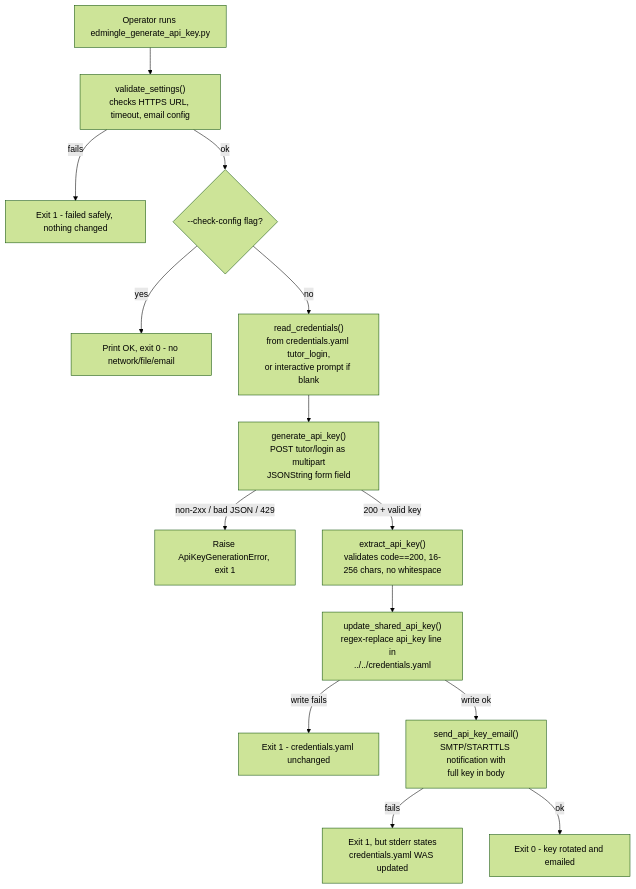
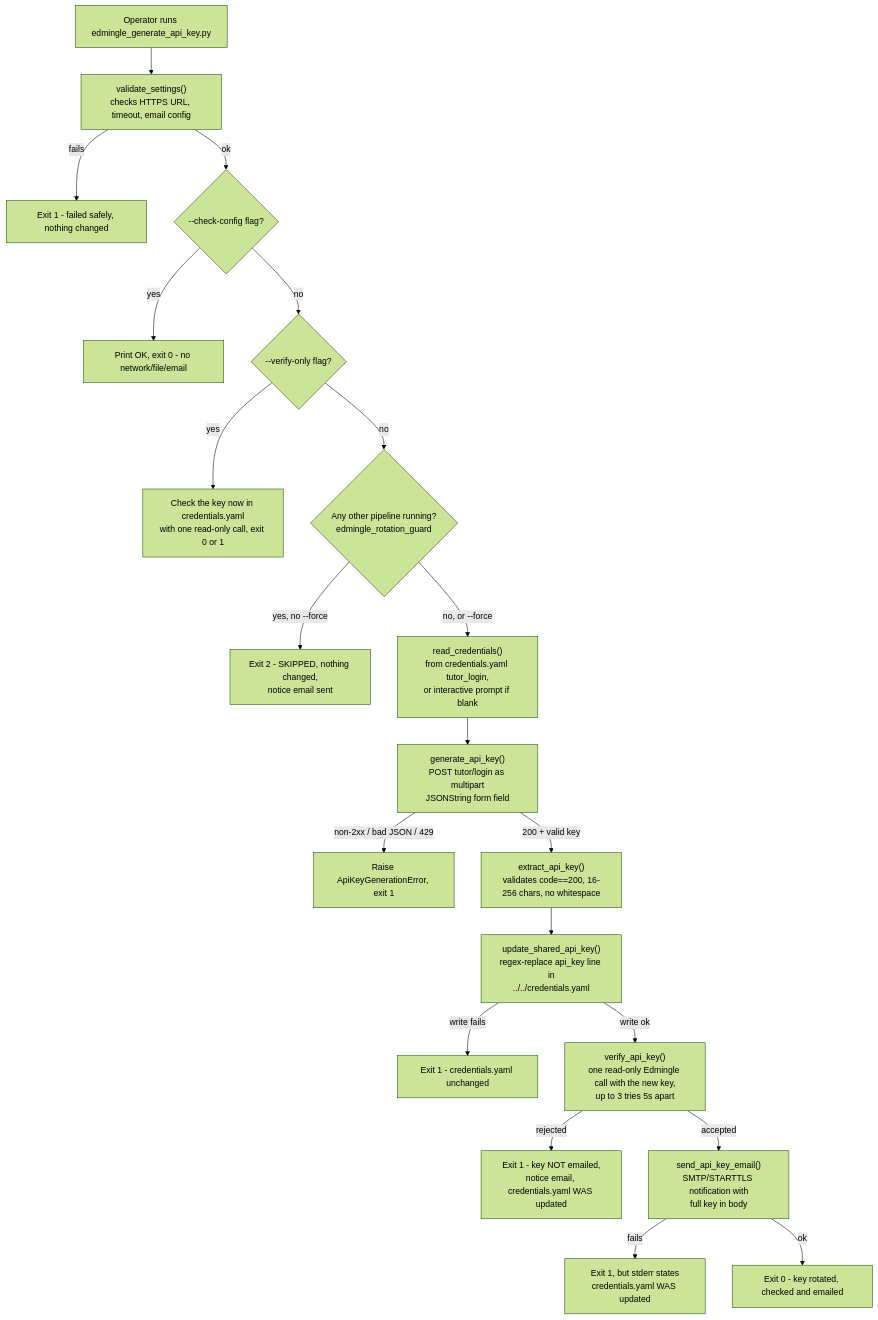
The diagram in edmingle_api_key_generator/EDMINGLE_API_KEY_GENERATOR.md (shubhamvyoma-oss/ela_datasets), drawn with Mermaid (forest theme) before and after one commit. The commit also changed other lines of this file and 8 other files, not shown here.

````diff
--- a/edmingle_api_key_generator/EDMINGLE_API_KEY_GENERATOR.md
+++ b/edmingle_api_key_generator/EDMINGLE_API_KEY_GENERATOR.md
@@ -16,16 +18,22 @@
 ```mermaid
 flowchart TD
     A[Operator runs edmingle_generate_api_key.py] --> B["validate_settings()<br/>checks HTTPS URL, timeout, email config"]
     B -->|fails| Z1[Exit 1 - failed safely, nothing changed]
     B -->|ok| C{--check-config flag?}
     C -->|yes| Z2[Print OK, exit 0 - no network/file/email]
-    C -->|no| D["read_credentials()<br/>from credentials.yaml tutor_login,<br/>or interactive prompt if blank"]
+    C -->|no| V{--verify-only flag?}
+    V -->|yes| V1["Check the key now in credentials.yaml<br/>with one read-only call, exit 0 or 1"]
+    V -->|no| GD{"Any other pipeline running?<br/>edmingle_rotation_guard"}
+    GD -->|yes, no --force| Z0["Exit 2 - SKIPPED, nothing changed,<br/>notice email sent"]
+    GD -->|no, or --force| D["read_credentials()<br/>from credentials.yaml tutor_login,<br/>or interactive prompt if blank"]
     D --> E["generate_api_key()<br/>POST tutor/login as multipart<br/>JSONString form field"]
     E -->|non-2xx / bad JSON / 429| Z3[Raise ApiKeyGenerationError, exit 1]
     E -->|200 + valid key| F["extract_api_key()<br/>validates code==200, 16-256 chars, no whitespace"]
     F --> G["update_shared_api_key()<br/>regex-replace api_key line in<br/>../../credentials.yaml"]
     G -->|write fails| Z4[Exit 1 - credentials.yaml unchanged]
-    G -->|write ok| H["send_api_key_email()<br/>SMTP/STARTTLS notification with<br/>full key in body"]
+    G -->|write ok| K["verify_api_key()<br/>one read-only Edmingle call with the new key,<br/>up to 3 tries 5s apart"]
+    K -->|rejected| Z6["Exit 1 - key NOT emailed,<br/>notice email, credentials.yaml WAS updated"]
+    K -->|accepted| H["send_api_key_email()<br/>SMTP/STARTTLS notification with<br/>full key in body"]
     H -->|fails| Z5["Exit 1, but stderr states<br/>credentials.yaml WAS updated"]
-    H -->|ok| I[Exit 0 - key rotated and emailed]
+    H -->|ok| I[Exit 0 - key rotated, checked and emailed]
 ```
````
